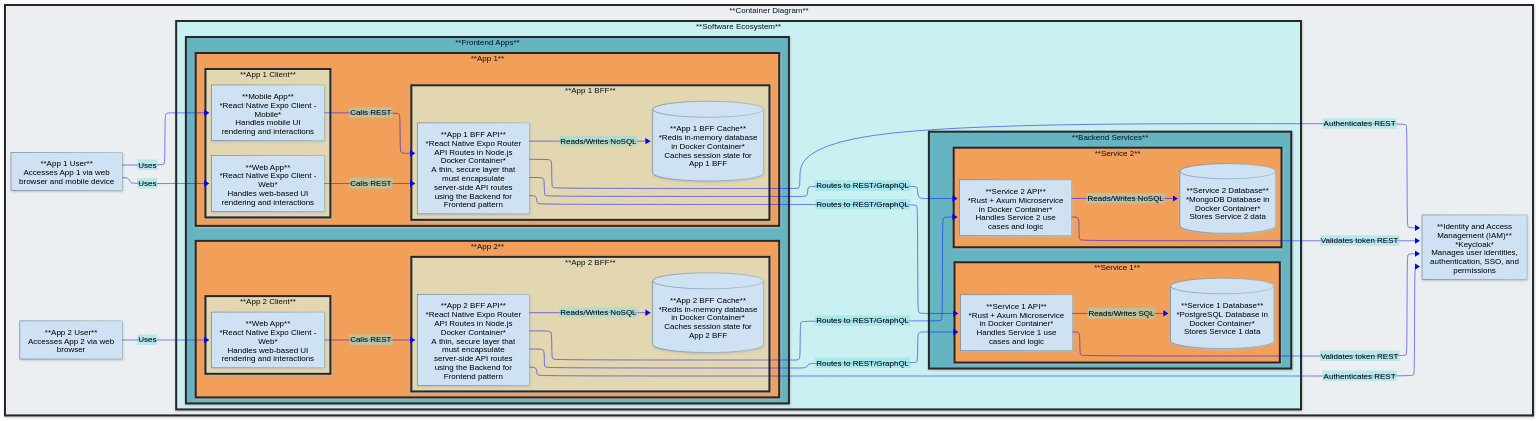
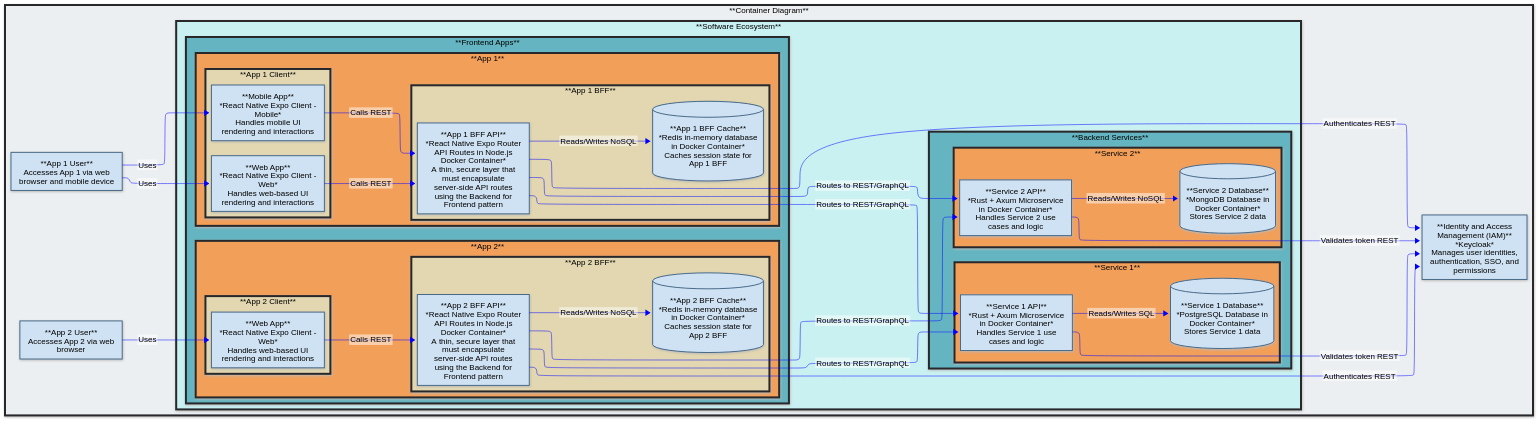
The first of 4 diagrams in .specify/memory/constitution.md (jumbleknot/MovieCollectionManager), drawn with Mermaid before and after one commit. The commit also changed 1 other file, not shown here.

Commit message:
mermaid style updates

````diff
--- a/.specify/memory/constitution.md
+++ b/.specify/memory/constitution.md
@@ -655,19 +655,22 @@
   theme: base
   themeVariables:
     primaryColor: '#cfe2f3'
-    primaryTextColor: '#000'
+    primaryTextColor: '#000000'
     primaryBorderColor: '#4a6a88'
     lineColor: '#0000ff'
     secondaryColor: '#85e2e2'
+    edgeLabelBackground: '#ffffff'
+    tertiaryTextColor: '#000000'
   look: neo
   htmlLabels: false
 ---
 graph LR
-  classDef style_background fill:#ECEFF1,stroke:#28282B,stroke-width:4px;
-  classDef style_sub1 fill:#C9F1F2,stroke:#28282B,stroke-width:4px;
-  classDef style_sub2 fill:#64B5C1,stroke:#28282B,stroke-width:4px;
-  classDef style_sub3 fill:#F29F5A,stroke:#28282B,stroke-width:4px;
-  classDef style_sub4 fill:#E2D7B0,stroke:#28282B,stroke-width:4px;
+  classDef style_background fill:#ECEFF1,stroke:#28282B,stroke-width:4px,color:#000000;
+  classDef style_sub1 fill:#C9F1F2,stroke:#28282B,stroke-width:4px,color:#000000;
+  classDef style_sub2 fill:#64B5C1,stroke:#28282B,stroke-width:4px,color:#000000;
+  classDef style_sub3 fill:#F29F5A,stroke:#28282B,stroke-width:4px,color:#000000;
+  classDef style_sub4 fill:#E2D7B0,stroke:#28282B,stroke-width:4px,color:#000000;
+  classDef style_node fill:#cfe2f3,stroke:#4a6a88,stroke-width:2px,color:#000000;
 
   subgraph c4_container_diagram["**Container Diagram**"]
     app1_user["**App 1 User**<br/>Accesses App 1 via web browser and mobile device"]
@@ -740,4 +743,7 @@
   class frontend,backend style_sub2;
   class app1,app2,service1,service2 style_sub3;
   class app1_client,app2_client,app1_bff,app2_bff style_sub4;
+  class app1_user,app2_user,app1_web,app1_mobile,app1_bff_api,app1_bff_cache,app2_web,app2_bff_api,app2_bff_cache,service1_api,service1_db,service2_api,service2_db,keycloak style_node;
+
+  linkStyle default stroke:blue,color:black;
 ```
````
